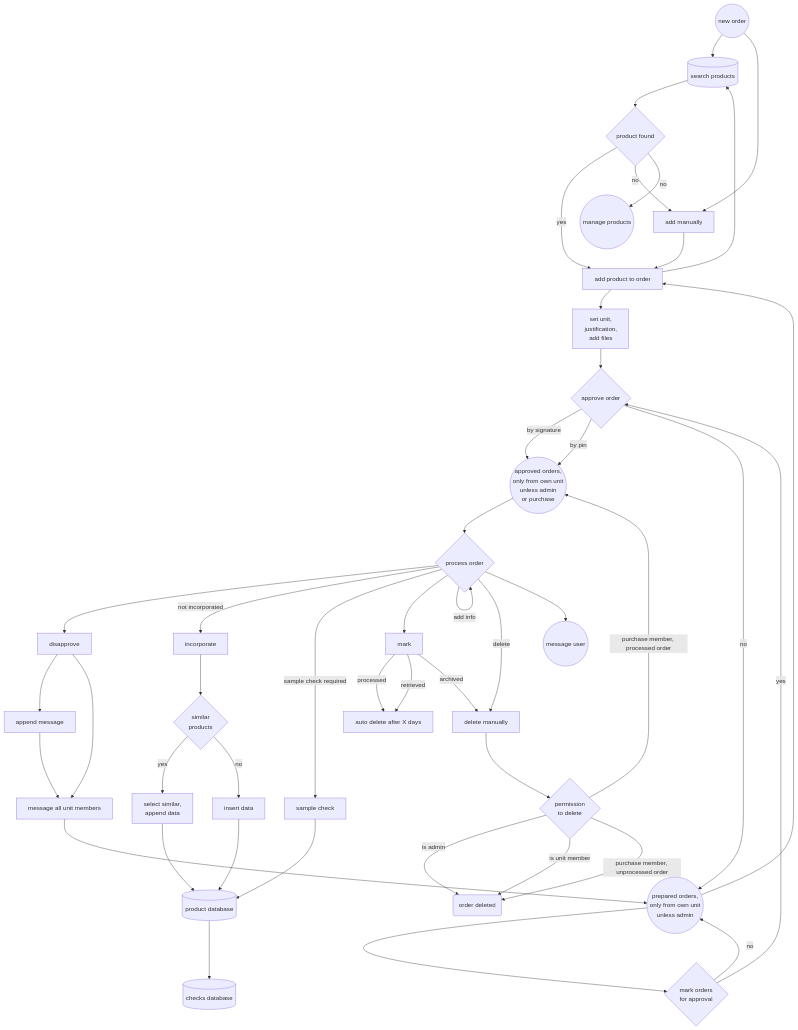
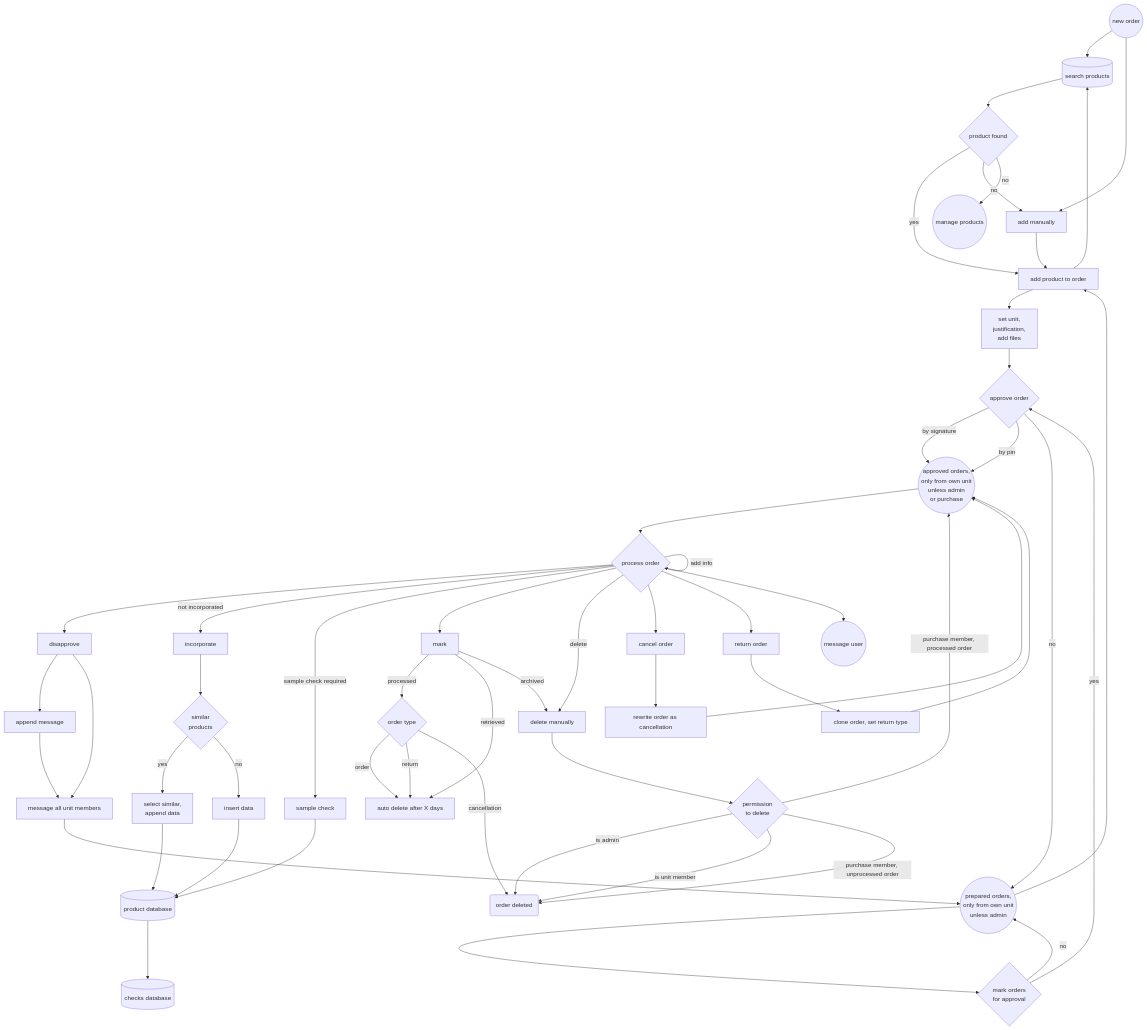
The sixth of 6 diagrams in readme.md (erroronline1/caro), drawn with Mermaid before and after one commit. The commit also changed other lines of this file and 4 other files, not shown here.

Commit message:
order cancellation and return

````diff
--- a/readme.md
+++ b/readme.md
@@ -493,64 +488,73 @@
 ```mermaid
 graph TD;
     new_order((new order))-->search_products[(search products)];
     search_products-->product_found{product found};
     product_found-->|yes|add_product[add product to order];
     new_order-->add_manually[add manually];
     product_found-->|no|add_manually;
     product_found-->|no|manage_products((manage products));
     add_manually-->add_product;
     add_product-->search_products;
     add_product-->add_info["set unit,
     justification,
     add files"];
     add_info-->approve_order{approve order};
     approve_order-->|by signature|approved_orders(("approved orders,
     only from own unit
     unless admin
     or purchase"));
     approve_order-->|by pin|approved_orders;
     approve_order-->|no|prepared_orders(("prepared orders,
     only from own unit
     unless admin"));
 
     approved_orders-->process_order{process order};
     process_order-->disapprove[disapprove];
     disapprove-->append_message[append message];
     append_message-->message_unit[message all unit members];
     disapprove-->message_unit;
     message_unit-->prepared_orders;
 
     process_order-->|not incorporated|incorporate;
     incorporate-->incorporate_similar{"similar
     products"};
     incorporate_similar-->|yes|select_similar["select similar,
     append data"];
     select_similar-->productdb[(product database)]
     incorporate_similar-->|no|insert_data[insert data];
     insert_data-->productdb[(product database)];
     productdb[(product database)]-->checksdb[(checks database)];
 
     process_order-->|sample check required|sample_check[sample check];
     sample_check-->productdb[(product database)];
 
     process_order-->mark[mark];
-    mark-->|processed|auto_delete[auto delete after X days];
+    mark-->|processed|order_type{order type};
+    order_type-->|order|auto_delete[auto delete after X days];
+    order_type-->|return|auto_delete;
+    order_type-->|cancellation|order_deleted(order deleted)
     mark-->|retrieved|auto_delete;
     mark-->|archived|delete[delete manually];
     process_order-->|delete|delete;
+    process_order-->cancel_order[cancel order];
+    cancel_order-->rewrite_cancel[rewrite order as cancellation];
+    rewrite_cancel-->approved_orders;
+    process_order-->return_order[return order];
+    return_order-->clone_order[clone order, set return type];
+    clone_order-->approved_orders
     delete-->delete_permission{"permission
     to delete"};
-    delete_permission-->|is admin|order_deleted(order deleted);
+    delete_permission-->|is admin|order_deleted;
     delete_permission-->|is unit member|order_deleted;
     delete_permission-->|purchase member, unprocessed order|order_deleted;
     delete_permission-->|purchase member, processed order|approved_orders;
     
     process_order-->|add info|process_order;
     process_order-->message((message user))
 
     prepared_orders-->mark_bulk{"mark orders
     for approval"};
     mark_bulk-->|yes|approve_order;
     mark_bulk-->|no|prepared_orders;
     prepared_orders-->add_product;
 ```
````
